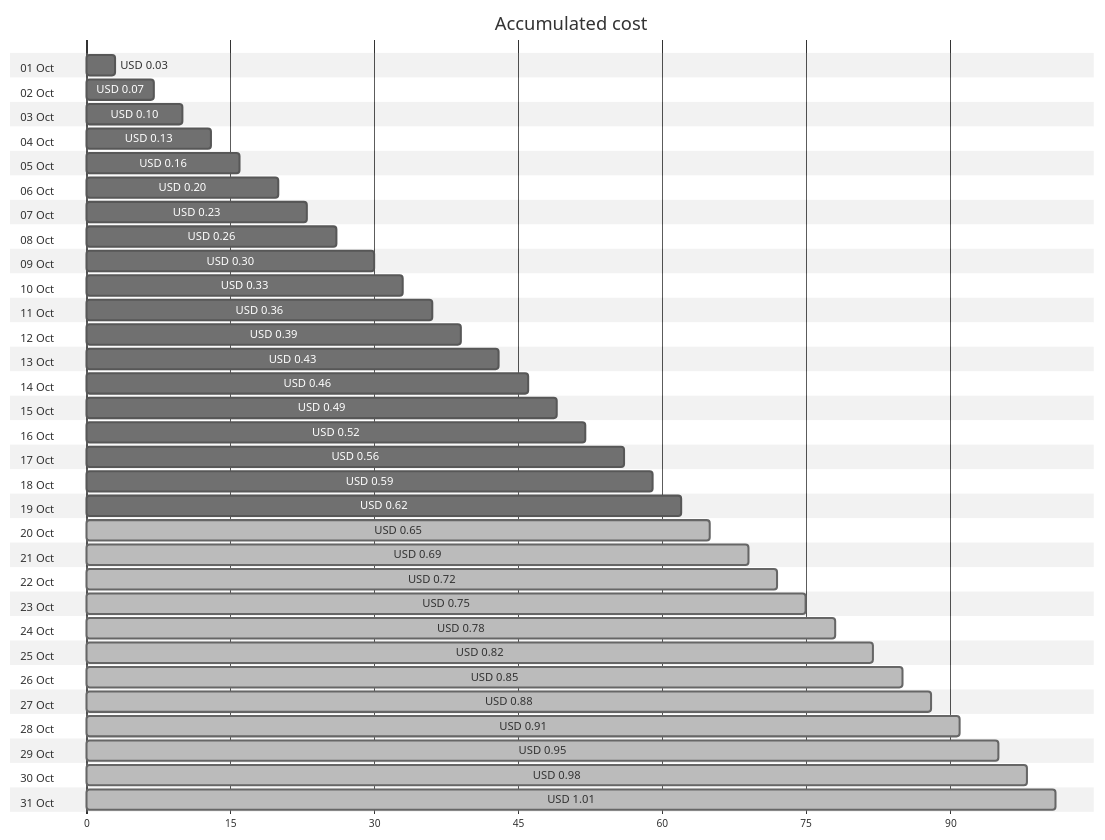
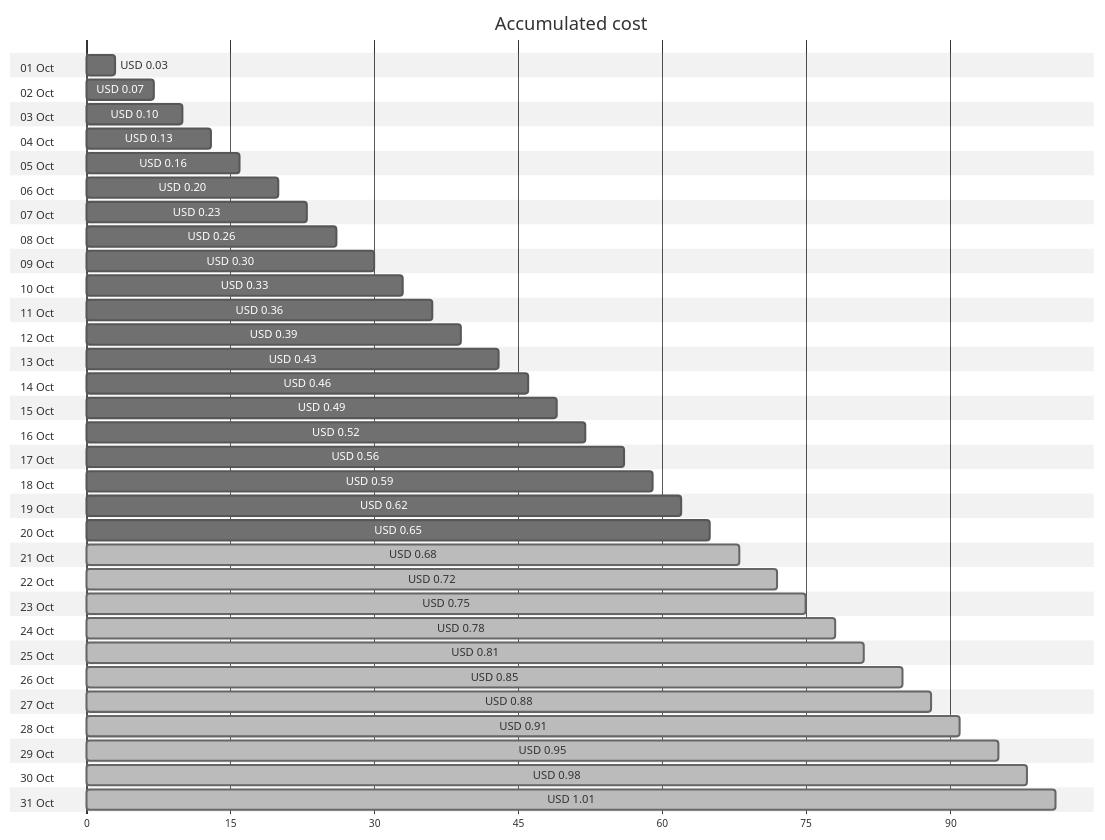
The first of 4 diagrams in cost-reports/personal-dns/README.md (jpfulton/azure-personal-reports), drawn with Mermaid (neutral theme) before and after one commit. The commit also changed other lines of this file and 2 other files, not shown here.

````diff
--- a/cost-reports/personal-dns/README.md
+++ b/cost-reports/personal-dns/README.md
@@ -20,68 +20,68 @@
 ```mermaid
 gantt
    title Accumulated cost
    dateFormat  X
    axisFormat %s
    section 01 Oct
    USD 0.03 :0, 3
    section 02 Oct
    USD 0.07 :0, 7
    section 03 Oct
    USD 0.10 :0, 10
    section 04 Oct
    USD 0.13 :0, 13
    section 05 Oct
    USD 0.16 :0, 16
    section 06 Oct
    USD 0.20 :0, 20
    section 07 Oct
    USD 0.23 :0, 23
    section 08 Oct
    USD 0.26 :0, 26
    section 09 Oct
    USD 0.30 :0, 30
    section 10 Oct
    USD 0.33 :0, 33
    section 11 Oct
    USD 0.36 :0, 36
    section 12 Oct
    USD 0.39 :0, 39
    section 13 Oct
    USD 0.43 :0, 43
    section 14 Oct
    USD 0.46 :0, 46
    section 15 Oct
    USD 0.49 :0, 49
    section 16 Oct
    USD 0.52 :0, 52
    section 17 Oct
    USD 0.56 :0, 56
    section 18 Oct
    USD 0.59 :0, 59
    section 19 Oct
    USD 0.62 :0, 62
    section 20 Oct
-   USD 0.65 : done, 0, 65
+   USD 0.65 :0, 65
    section 21 Oct
-   USD 0.69 : done, 0, 69
+   USD 0.68 : done, 0, 68
    section 22 Oct
    USD 0.72 : done, 0, 72
    section 23 Oct
    USD 0.75 : done, 0, 75
    section 24 Oct
    USD 0.78 : done, 0, 78
    section 25 Oct
-   USD 0.82 : done, 0, 82
+   USD 0.81 : done, 0, 81
    section 26 Oct
    USD 0.85 : done, 0, 85
    section 27 Oct
    USD 0.88 : done, 0, 88
    section 28 Oct
    USD 0.91 : done, 0, 91
    section 29 Oct
    USD 0.95 : done, 0, 95
    section 30 Oct
    USD 0.98 : done, 0, 98
    section 31 Oct
    USD 1.01 : done, 0, 101
 ```
````
